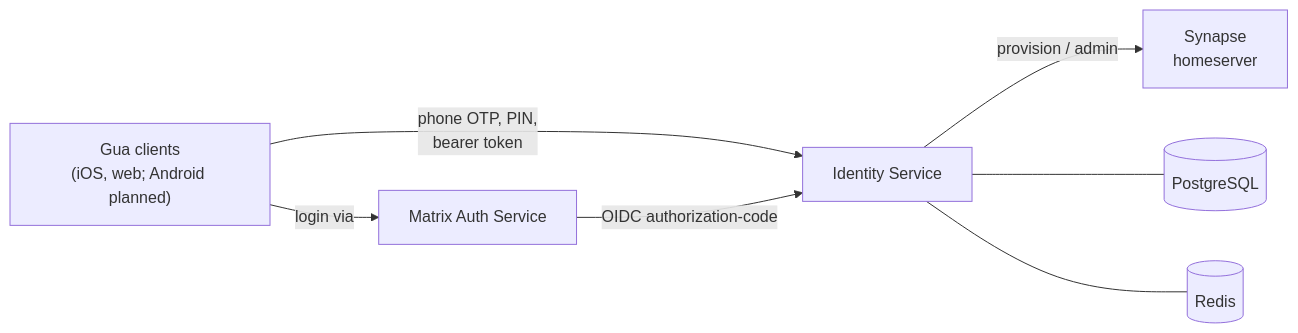
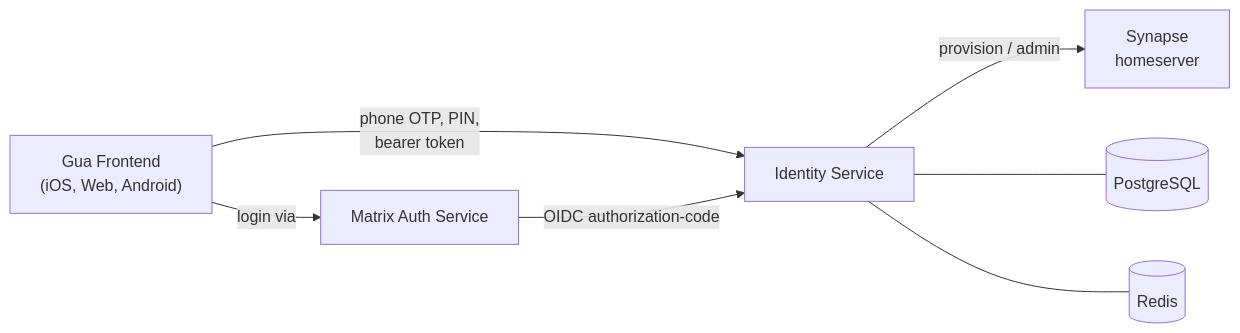
The diagram in README.md (Gua-ra/identity-service), drawn with Mermaid before and after one commit. The commit also changed 4 other files, not shown here.

````diff
--- a/README.md
+++ b/README.md
@@ -48,9 +48,9 @@
 ```mermaid
 flowchart LR
-    Clients["Gua clients<br/>(iOS, web; Android planned)"] -->|phone OTP, PIN,<br/>bearer token| IDS["Identity Service"]
+    Clients["Gua Frontend<br/>(iOS, Web, Android)"] -->|phone OTP, PIN,<br/>bearer token| IDS["Identity Service"]
     IDS -->|provision / admin| Synapse["Synapse<br/>homeserver"]
     MAS["Matrix Auth Service"] -->|OIDC authorization-code| IDS
     Clients -->|login via| MAS
     IDS --- PG[("PostgreSQL")]
     IDS --- Redis[("Redis")]
 ```
````
